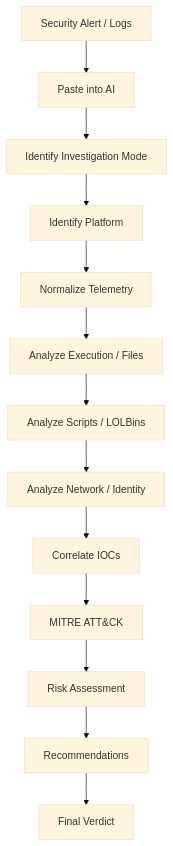
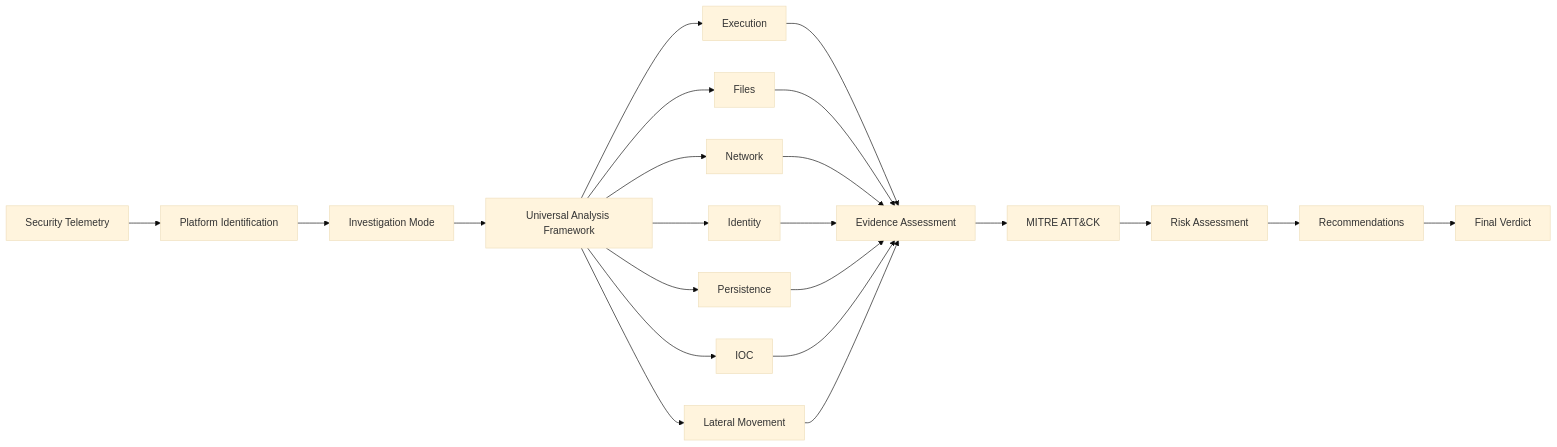
One commit to krirajeev08-afk/AI-Prompt-For-SOC-V2 changed the third of 4 diagrams in README.md. Above: the diagram before and after it, drawn with Mermaid (base theme). The commit also changed other lines of this file, not shown here.

````diff
--- a/README.md
+++ b/README.md
@@ -449,15 +570,28 @@
 ```mermaid
-flowchart TD
-    A[Security Alert / Logs] --> B[Paste into AI]
-    B --> C[Identify Investigation Mode]
-    C --> D[Identify Platform]
-    D --> E[Normalize Telemetry]
-    E --> F[Analyze Execution / Files]
-    F --> G[Analyze Scripts / LOLBins]
-    G --> H[Analyze Network / Identity]
-    H --> I[Correlate IOCs]
-    I --> J[MITRE ATT&CK]
-    J --> K[Risk Assessment]
-    K --> L[Recommendations]
-    L --> M[Final Verdict]
+flowchart LR
+    A[Security Telemetry] --> B[Platform Identification]
+    B --> C[Investigation Mode]
+
+    C --> D[Universal Analysis Framework]
+
+    D --> E[Execution]
+    D --> F[Files]
+    D --> G[Network]
+    D --> H[Identity]
+    D --> I[Persistence]
+    D --> J[IOC]
+    D --> K[Lateral Movement]
+
+    E --> L[Evidence Assessment]
+    F --> L
+    G --> L
+    H --> L
+    I --> L
+    J --> L
+    K --> L
+
+    L --> M[MITRE ATT&CK]
+    M --> N[Risk Assessment]
+    N --> O[Recommendations]
+    O --> P[Final Verdict]
 ```
````
